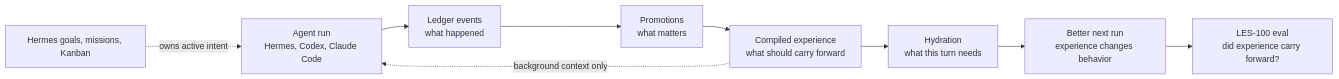
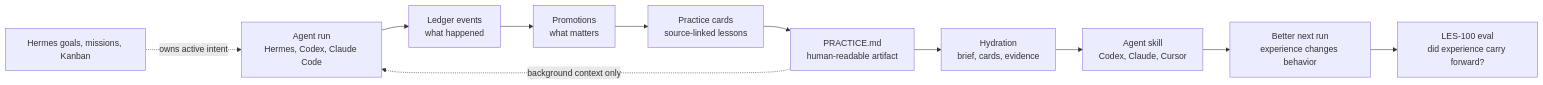
Before and after one commit to aeonik-ai/ingrain: the diagram in README.md, drawn with Mermaid. The commit also changed other lines of this file and 17 other files, not shown here.

Commit message:
Add CLI skill practice layer

````diff
--- a/README.md
+++ b/README.md
@@ -198,12 +242,14 @@
 ```mermaid
 flowchart LR
     A["Agent run<br/>Hermes, Codex, Claude Code"] --> B["Ledger events<br/>what happened"]
     B --> C["Promotions<br/>what matters"]
-    C --> D["Compiled experience<br/>what should carry forward"]
-    D --> E["Hydration<br/>what this turn needs"]
-    E --> F["Better next run<br/>experience changes behavior"]
-    F --> G["LES-100 eval<br/>did experience carry forward?"]
+    C --> D["Practice cards<br/>source-linked lessons"]
+    D --> E["PRACTICE.md<br/>human-readable artifact"]
+    E --> F["Hydration<br/>brief, cards, evidence"]
+    F --> S["Agent skill<br/>Codex, Claude, Cursor"]
+    S --> G["Better next run<br/>experience changes behavior"]
+    G --> H2["LES-100 eval<br/>did experience carry forward?"]
 
     H["Hermes goals, missions, Kanban"] -. "owns active intent" .-> A
-    D -. "background context only" .-> A
+    E -. "background context only" .-> A
 ```
````
